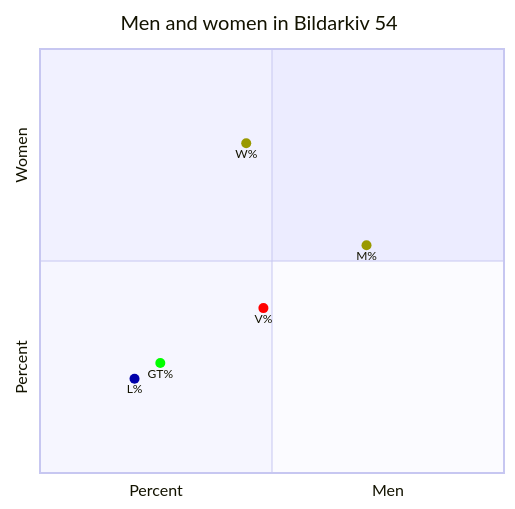
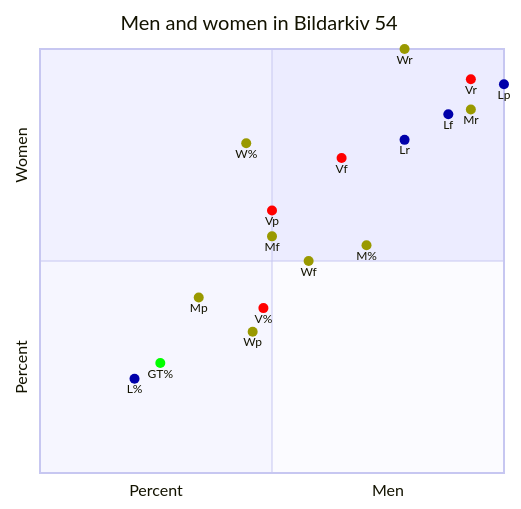
Before and after one commit to Modern36/tropes_1500: the tenth of 11 diagrams in browser/scatter.md, drawn with Mermaid. The commit also changed other lines of this file and 1 other file, not shown here.

````diff
--- a/browser/scatter.md
+++ b/browser/scatter.md
@@ -156,12 +264,24 @@
 ```mermaid
 quadrantChart
     title Men and women in Bildarkiv 54
     x-axis Percent --> Men
     y-axis Percent --> Women
     M%: [0.7037037037037037, 0.5370370370370371] color: #999900
     W%: [0.4444444444444444, 0.7777777777777778] color: #999900
     GT%: [0.25925925925925924, 0.25925925925925924] color: #00FF00
     V%: [0.48148148148148145, 0.3888888888888889] color: #FF0000
     L%: [0.2037037037037037, 0.2222222222222222] color: #0000AA
+    Lf: [0.88, 0.8461538461538461]  color: #0000AA
+    Lp: [0.9999, 0.9166666666666666]  color: #0000AA
+    Lr: [0.7857142857142857, 0.7857142857142857]  color: #0000AA
+    Vf: [0.65, 0.7428571428571429]  color: #FF0000
+    Vp: [0.5, 0.6190476190476191]  color: #FF0000
+    Vr: [0.9285714285714286, 0.9285714285714286]  color: #FF0000
+    Wf: [0.5789473684210527, 0.5]  color: #999900
+    Wp: [0.4583333333333333, 0.3333333333333333]  color: #999900
+    Wr: [0.7857142857142857, 0.9999]  color: #999900
+    Mf: [0.5, 0.5581395348837209]  color: #999900
+    Mp: [0.34210526315789475, 0.41379310344827586]  color: #999900
+    Mr: [0.9285714285714286, 0.8571428571428571]  color: #999900
 
 ```
````
